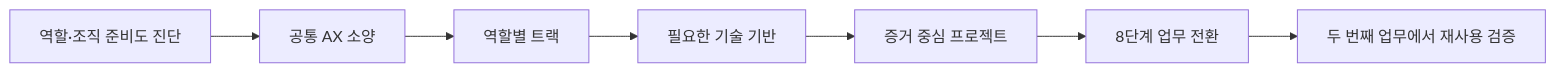
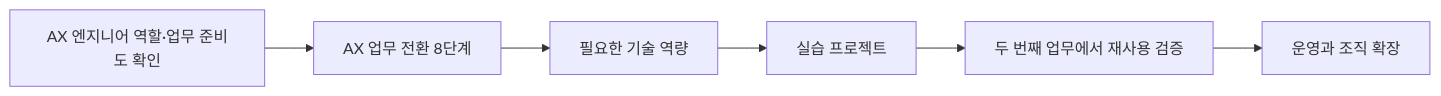
Before and after one commit to woogi-kang/ax-engineer-roadmap: the diagram in research/roadmap-benchmark-review.md, drawn with Mermaid. The commit also changed other lines of this file and 91 other files, not shown here.

Commit message:
docs: make the roadmap AX Engineer focused

````diff
--- a/research/roadmap-benchmark-review.md
+++ b/research/roadmap-benchmark-review.md
@@ -94,9 +94,8 @@
 ```mermaid
 flowchart LR
-    A["역할·조직 준비도 진단"] --> B["공통 AX 소양"]
-    B --> C["역할별 트랙"]
-    C --> D["필요한 기술 기반"]
-    D --> E["증거 중심 프로젝트"]
-    E --> F["8단계 업무 전환"]
-    F --> G["두 번째 업무에서 재사용 검증"]
+    A["AX 엔지니어 역할·업무 준비도 확인"] --> B["AX 업무 전환 8단계"]
+    B --> C["필요한 기술 역량"]
+    C --> D["실습 프로젝트"]
+    D --> E["두 번째 업무에서 재사용 검증"]
+    E --> F["운영과 조직 확장"]
 ```
````
